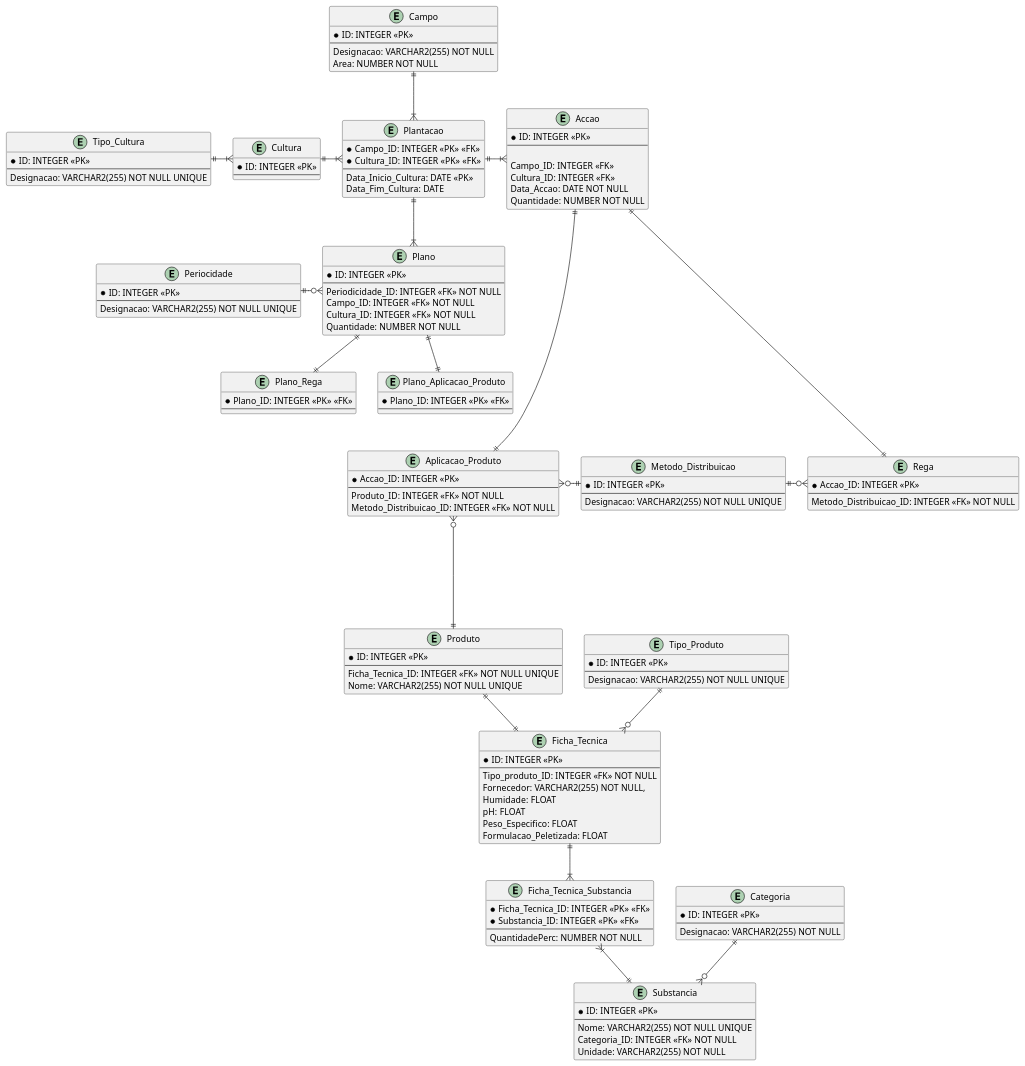
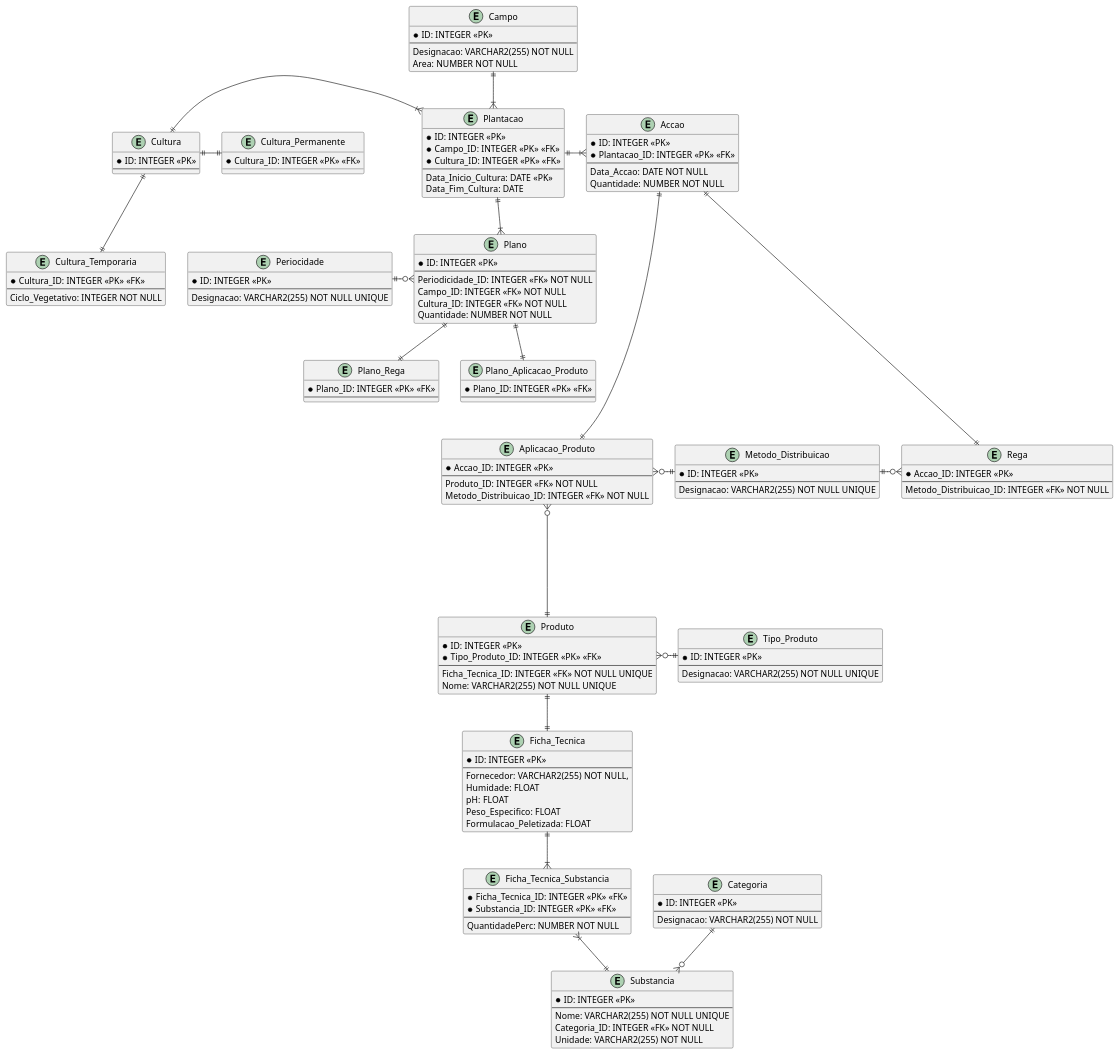
The diagram in BDDAD/Quinta-Manutenção.puml (Mendoncaa/LAPR3), drawn with PlantUML before and after one commit. The commit also changed 8 other files, not shown here.

```diff
--- a/BDDAD/Quinta-Manutenção.puml
+++ b/BDDAD/Quinta-Manutenção.puml
@@ -1,169 +1,176 @@
 @startuml Quinta-Manutenção
 
 /'TODO #1:- Verificar se a Designação de um Campo é única e se estas 
 devem seguir um conjunto de regras;'/
 /'TODO #2:- Determinar o valor minímo de uma qualquer Área;'/
 /'Constraints:- [[Area, CHECK(Area > Mínimo)]]'/
 entity Campo {
     * ID: INTEGER <<PK>>
     --
     Designacao: VARCHAR2(255) NOT NULL
     Area: NUMBER NOT NULL
 }
 
 /'Triggers:-
     #1: Verificar que uma Cultura não é simultaneamente uma Cultura_Temporaria
     e Cultura_Permanente;'/
 entity Cultura {
     * ID: INTEGER <<PK>>
     --
 }
 
+/'Contraints:- [[Ciclo_Vegetativo, CHECK(Ciclo_Vegetativo > 0)], 
+[Ciclo_Vegetativo, CHECK(Ciclo_Vegetativo < 12)]]'/
+entity Cultura_Temporaria {
+    * Cultura_ID: INTEGER <<PK>> <<FK>>
+    --
+    Ciclo_Vegetativo: INTEGER NOT NULL
+}
+
+entity Cultura_Permanente {
+    * Cultura_ID: INTEGER <<PK>> <<FK>>
+}
+
 /'Constraints:- [[Campo_ID, Data_Inicio_Cultura, UNIQUE(Campo_ID, Data_Inicio_Cultura)], 
 [Data_Fim_Cultura, CHECK(Data_Fim_Cultura < Data_Inicio_Cultura)]]'/
 entity Plantacao {
+    * ID: INTEGER <<PK>>
     * Campo_ID: INTEGER <<PK>> <<FK>>
     * Cultura_ID: INTEGER <<PK>> <<FK>>
     --
     Data_Inicio_Cultura: DATE <<PK>>
     Data_Fim_Cultura: DATE
 }
 
 /'Constraints:- [[Quantidade, CHECK(Quantidade > 0)]]'/
 entity Accao {
     * ID: INTEGER <<PK>>
+    *Plantacao_ID: INTEGER <<PK>> <<FK>>
     --
-
-    Campo_ID: INTEGER <<FK>>
-    Cultura_ID: INTEGER <<FK>>
     Data_Accao: DATE NOT NULL
     Quantidade: NUMBER NOT NULL
 }
 
 entity Metodo_Distribuicao {
     * ID: INTEGER <<PK>>
     --
     Designacao: VARCHAR2(255) NOT NULL UNIQUE
 }
 
 entity Rega {
     * Accao_ID: INTEGER <<PK>>
     --
     Metodo_Distribuicao_ID: INTEGER <<FK>> NOT NULL
 }
 
 entity Categoria{
      * ID: INTEGER <<PK>>
     --
     Designacao: VARCHAR2(255) NOT NULL
 }
 
 entity Aplicacao_Produto {
     * Accao_ID: INTEGER <<PK>>
     --
     Produto_ID: INTEGER <<FK>> NOT NULL
     Metodo_Distribuicao_ID: INTEGER <<FK>> NOT NULL
 }
 
 entity Produto {
     * ID: INTEGER <<PK>>
+    *Tipo_Produto_ID: INTEGER <<PK>> <<FK>>
     --
     Ficha_Tecnica_ID: INTEGER <<FK>> NOT NULL UNIQUE
     Nome: VARCHAR2(255) NOT NULL UNIQUE
 }
 
 
 entity Tipo_Produto {
     * ID: INTEGER <<PK>>
     --
     Designacao: VARCHAR2(255) NOT NULL UNIQUE
 }
 
 entity Ficha_Tecnica {
     * ID: INTEGER <<PK>>
     --
-    Tipo_produto_ID: INTEGER <<FK>> NOT NULL
     Fornecedor: VARCHAR2(255) NOT NULL,
     Humidade: FLOAT
     pH: FLOAT
     Peso_Especifico: FLOAT
     Formulacao_Peletizada: FLOAT
 }
 
 entity Ficha_Tecnica_Substancia {
     * Ficha_Tecnica_ID: INTEGER <<PK>> <<FK>>
     * Substancia_ID: INTEGER <<PK>> <<FK>>
     --
     QuantidadePerc: NUMBER NOT NULL
 }
 
 entity Substancia {
     * ID: INTEGER <<PK>>
     --
     Nome: VARCHAR2(255) NOT NULL UNIQUE
     Categoria_ID: INTEGER <<FK>> NOT NULL
     Unidade: VARCHAR2(255) NOT NULL
-}
-
-entity Tipo_Cultura {
-    * ID: INTEGER <<PK>>
-    --
-    Designacao: VARCHAR2(255) NOT NULL UNIQUE
 }
 
 entity Plano {
     * ID: INTEGER <<PK>>
     --
     Periodicidade_ID: INTEGER <<FK>> NOT NULL
     Campo_ID: INTEGER <<FK>> NOT NULL
     Cultura_ID: INTEGER <<FK>> NOT NULL
     Quantidade: NUMBER NOT NULL
 }
 
 entity Periocidade {
     * ID: INTEGER <<PK>>
     --
     Designacao: VARCHAR2(255) NOT NULL UNIQUE
 }
 
 entity Plano_Rega {
     * Plano_ID: INTEGER <<PK>> <<FK>>
     --
 }
 
 entity Plano_Aplicacao_Produto {
     * Plano_ID: INTEGER <<PK>> <<FK>>
     --
 }
 
 Campo ||-d-|{ Plantacao
 
 Cultura ||-r-|{ Plantacao
-Cultura }|-l-|| Tipo_Cultura 
 
 Plantacao ||-r-|{ Accao
 Plantacao ||-d-|{ Plano
 
 Accao ||--d--|| Rega
 Accao ||--d--|| Aplicacao_Produto
 
 Metodo_Distribuicao ||-r-o{ Rega
 Metodo_Distribuicao ||-l-o{ Aplicacao_Produto
 
-Tipo_Produto ||-d-o{ Ficha_Tecnica
+Tipo_Produto ||-l-o{ Produto
 Categoria ||-d-o{ Substancia
 
 Produto ||-d-|| Ficha_Tecnica
 Produto ||--u--o{ Aplicacao_Produto
 
 Ficha_Tecnica ||-d-|{ Ficha_Tecnica_Substancia
 
 Substancia ||-u-|{ Ficha_Tecnica_Substancia
 
 Periocidade ||-r-o{ Plano
 
 Plano_Rega ||-u-|| Plano
 
 Plano_Aplicacao_Produto ||-u-|| Plano
 
+Cultura ||-d-|| Cultura_Temporaria
+Cultura ||-r-|| Cultura_Permanente
+
 @enduml
```
